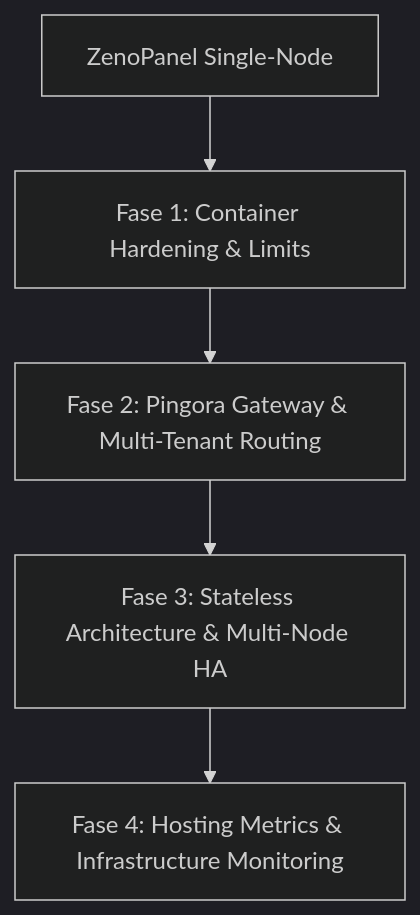
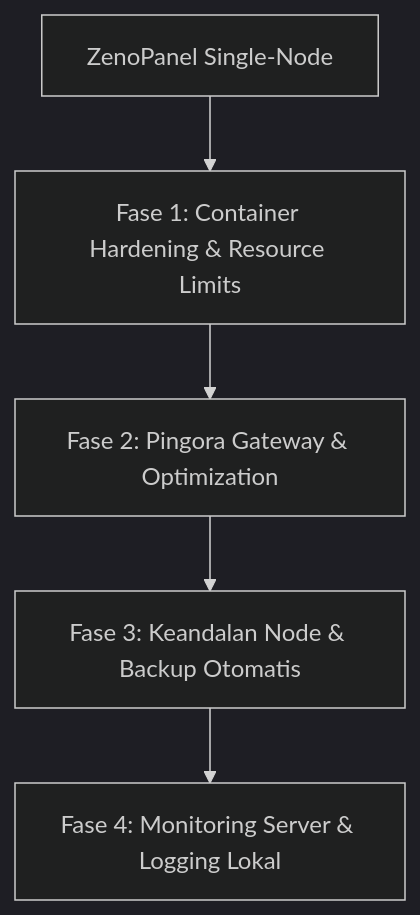
The diagram in plan.md (nextcore/zenopanel), drawn with Mermaid (dark theme) before and after one commit. The commit also changed other lines of this file, not shown here.

Commit message:
docs: update roadmap to reflect single-VPS focus and refine development phases

````diff
--- a/plan.md
+++ b/plan.md
@@ -9,7 +9,7 @@
 ```mermaid
 graph TD
-    A[ZenoPanel Single-Node] --> B[Fase 1: Container Hardening & Limits]
-    B --> C[Fase 2: Pingora Gateway & Multi-Tenant Routing]
-    C --> D[Fase 3: Stateless Architecture & Multi-Node HA]
-    D --> E[Fase 4: Hosting Metrics & Infrastructure Monitoring]
+    A[ZenoPanel Single-Node] --> B[Fase 1: Container Hardening & Resource Limits]
+    B --> C[Fase 2: Pingora Gateway & Optimization]
+    C --> D[Fase 3: Keandalan Node & Backup Otomatis]
+    D --> E[Fase 4: Monitoring Server & Logging Lokal]
 ```
````
